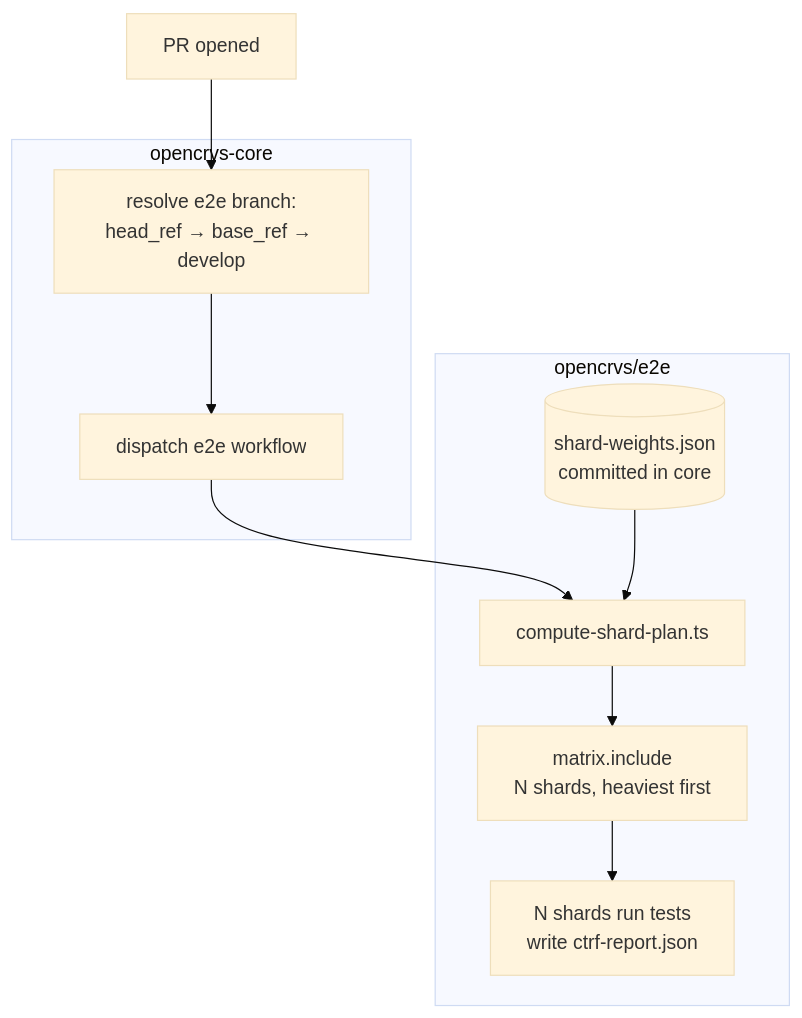
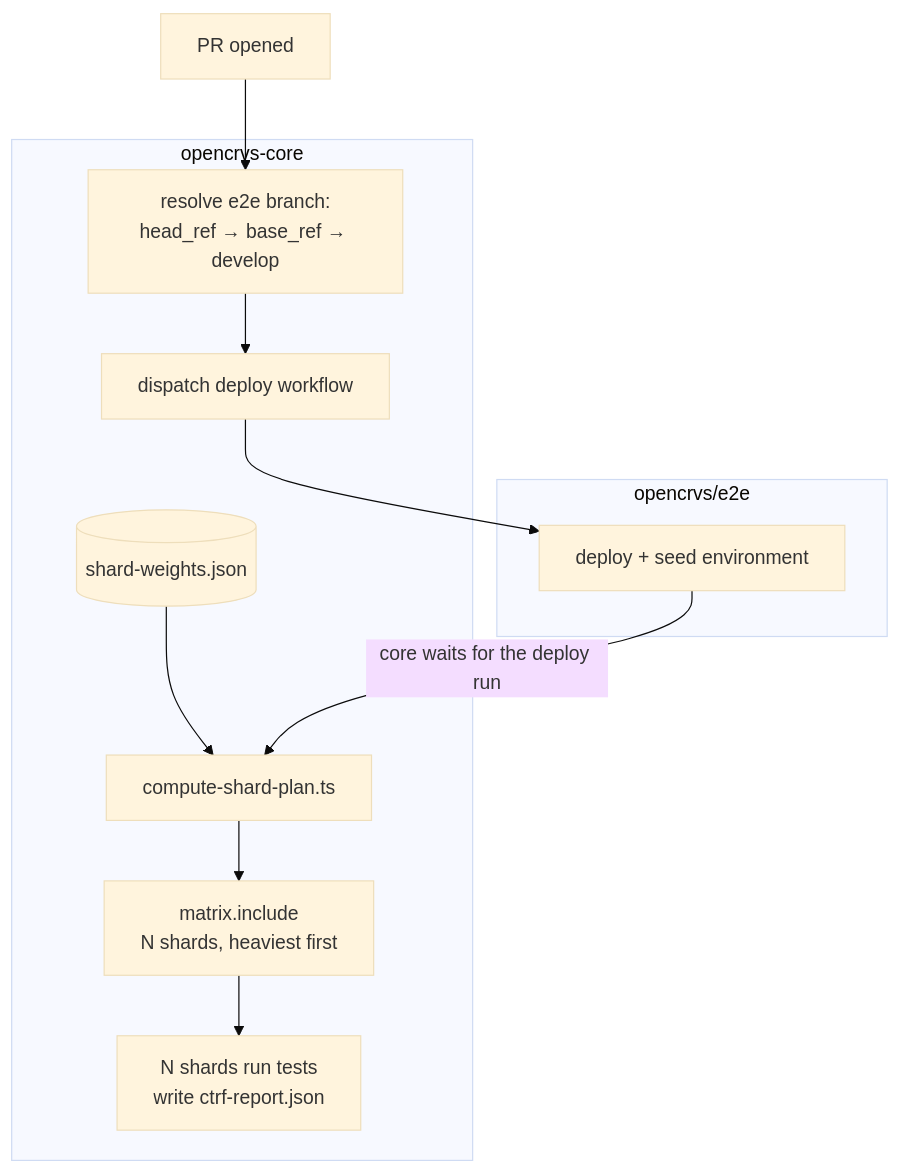
The diagram in packages/testland/e2e/SHARDING.md (opencrvs/opencrvs-core), drawn with Mermaid (base theme) before and after one commit. The commit also changed other lines of this file and 2 other files, not shown here.

Commit message:
feat: Move E2E repository to core for better agentic coding flows

````diff
--- a/packages/testland/e2e/SHARDING.md
+++ b/packages/testland/e2e/SHARDING.md
@@ -5,17 +5,20 @@
 ```mermaid
 flowchart TD
     PR["PR opened"] --> ResolveBranch
 
     subgraph core["opencrvs-core"]
         ResolveBranch["resolve e2e branch:<br/>head_ref → base_ref → develop"]
-        ResolveBranch --> Dispatch["dispatch e2e workflow"]
-    end
-
-    Dispatch --> Plan
-
-    subgraph e2e["opencrvs/e2e"]
-        Weights[("shard-weights.json<br/>committed in core")] --> Plan["compute-shard-plan.ts"]
+        ResolveBranch --> Dispatch["dispatch deploy workflow"]
+        Weights[("shard-weights.json")] --> Plan["compute-shard-plan.ts"]
         Plan --> Matrix["matrix.include<br/>N shards, heaviest first"]
         Matrix --> Shards["N shards run tests<br/>write ctrf-report.json"]
     end
+
+    Dispatch --> Deploy
+
+    subgraph e2e["opencrvs/e2e"]
+        Deploy["deploy + seed environment"]
+    end
+
+    Deploy -- "core waits for the deploy run" --> Plan
 ```
````
